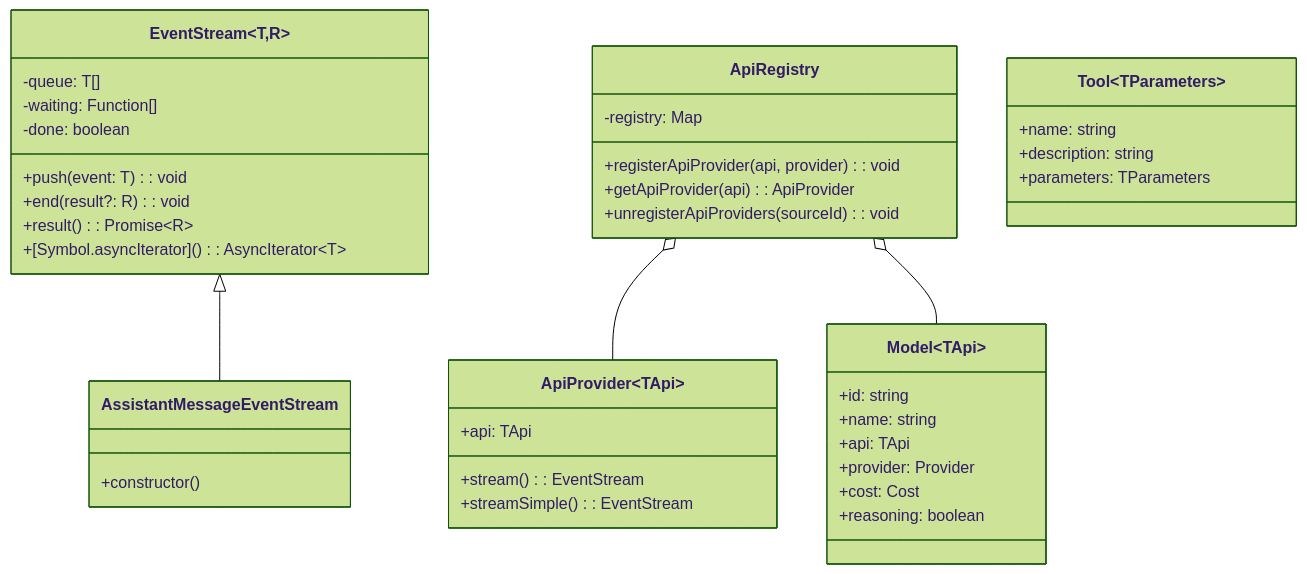
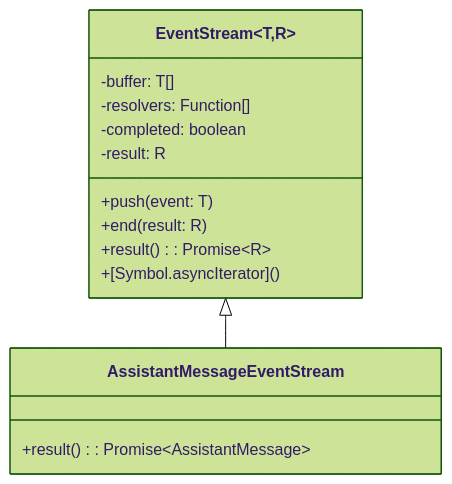
Before and after one commit to StrayDragon/pi-mono: the tenth of 12 diagrams in _LEARN/03-packages/01-pi-ai.md, drawn with Mermaid (forest theme). The commit also changed other lines of this file and 42 other files, not shown here.

````diff
--- a/_LEARN/03-packages/01-pi-ai.md
+++ b/_LEARN/03-packages/01-pi-ai.md
@@ -719,48 +331,19 @@
 ```mermaid
 classDiagram
     class EventStream~T,R~ {
-        -queue: T[]
-        -waiting: Function[]
-        -done: boolean
-        +push(event: T): void
-        +end(result?: R): void
+        -buffer: T[]
+        -resolvers: Function[]
+        -completed: boolean
+        -result: R
+        +push(event: T)
+        +end(result: R)
         +result(): Promise~R~
-        +[Symbol.asyncIterator](): AsyncIterator~T~
+        +[Symbol.asyncIterator]()
     }
-
+    
     class AssistantMessageEventStream {
-        +constructor()
+        +result(): Promise~AssistantMessage~
     }
-
-    class ApiProvider~TApi~ {
-        +api: TApi
-        +stream(): EventStream
-        +streamSimple(): EventStream
-    }
-
-    class ApiRegistry {
-        -registry: Map
-        +registerApiProvider(api, provider): void
-        +getApiProvider(api): ApiProvider
-        +unregisterApiProviders(sourceId): void
-    }
-
-    class Model~TApi~ {
-        +id: string
-        +name: string
-        +api: TApi
-        +provider: Provider
-        +cost: Cost
-        +reasoning: boolean
-    }
-
-    class Tool~TParameters~ {
-        +name: string
-        +description: string
-        +parameters: TParameters
-    }
-
+    
     EventStream <|-- AssistantMessageEventStream
-    ApiRegistry o-- ApiProvider
-    ApiRegistry o-- Model
 ```
````
